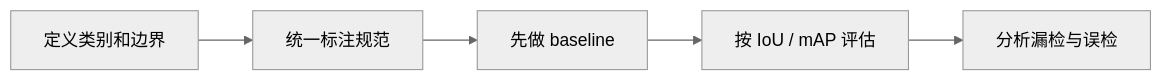
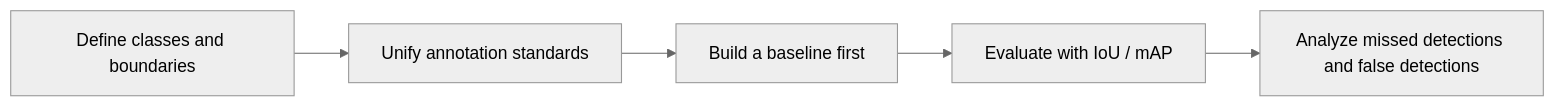
The diagram in docs/ch10-computer-vision/ch03-detection/04-detection-practice.md (oudbiao/AI-fullstack-course), drawn with Mermaid (neutral theme) before and after one commit. The commit also changed other lines of this file and 1406 other files, not shown here.

````diff
--- a/docs/ch10-computer-vision/ch03-detection/04-detection-practice.md
+++ b/docs/ch10-computer-vision/ch03-detection/04-detection-practice.md
@@ -47,7 +47,7 @@
 ```mermaid
 flowchart LR
-    A["定义类别和边界"] --> B["统一标注规范"]
-    B --> C["先做 baseline"]
-    C --> D["按 IoU / mAP 评估"]
-    D --> E["分析漏检与误检"]
+    A["Define classes and boundaries"] --> B["Unify annotation standards"]
+    B --> C["Build a baseline first"]
+    C --> D["Evaluate with IoU / mAP"]
+    D --> E["Analyze missed detections and false detections"]
 ```
````
